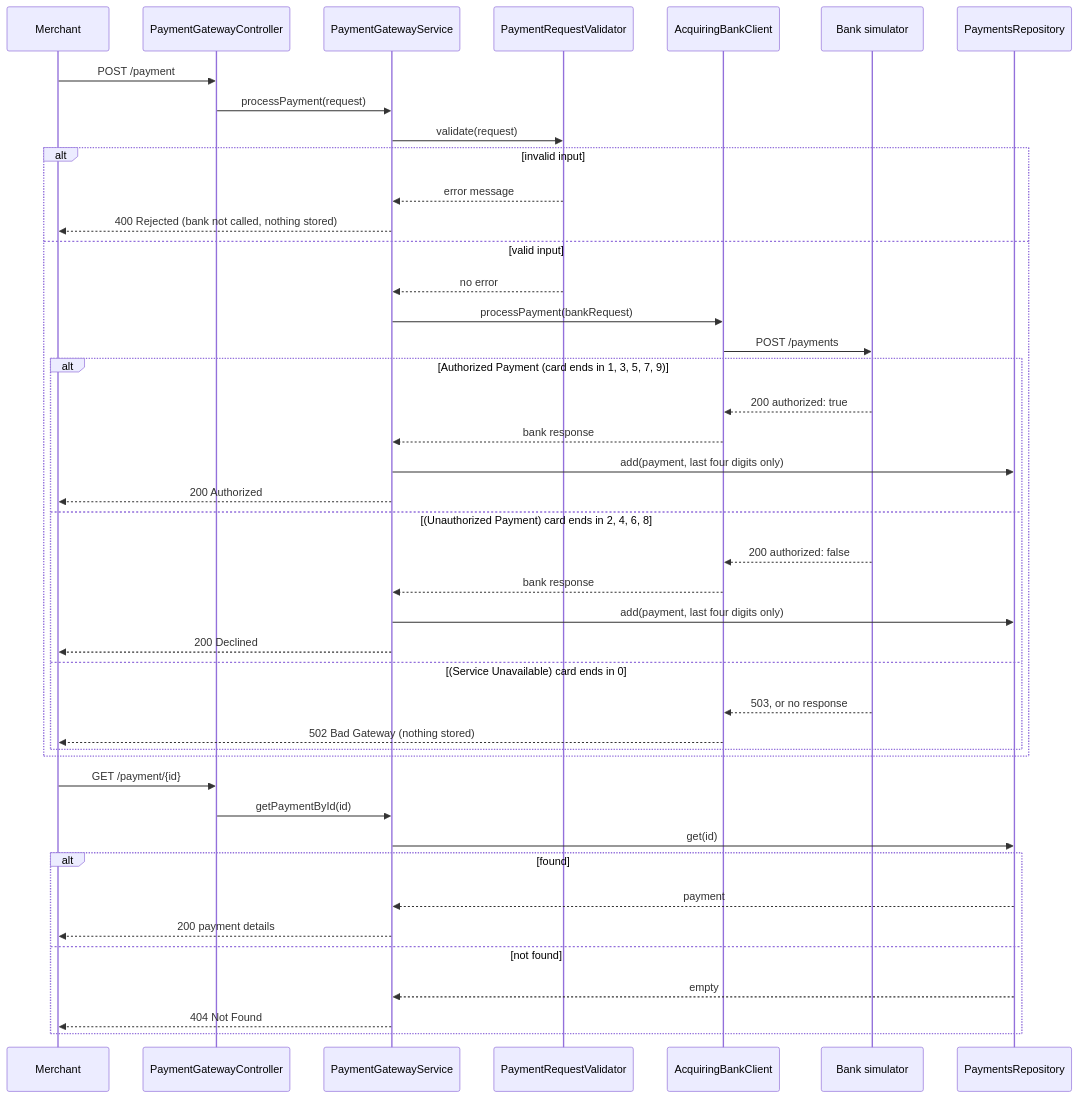
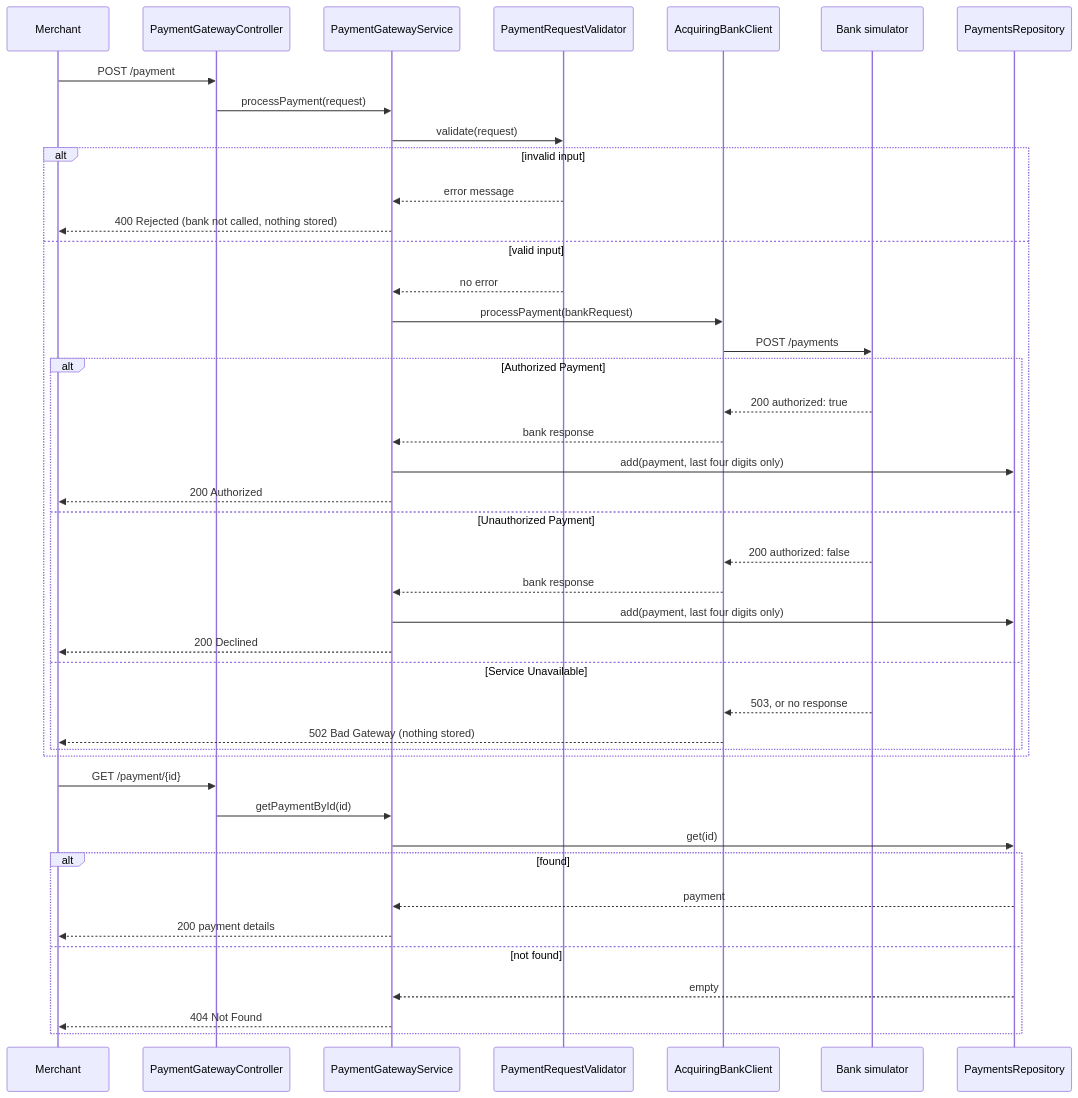
One commit to junyap95/payment-gateway-challenge changed the diagram in docs/sequence-diagram.md. Above: the diagram before and after it, drawn with Mermaid. The commit also changed 4 other files, not shown here.

````diff
--- a/docs/sequence-diagram.md
+++ b/docs/sequence-diagram.md
@@ -1,47 +1,47 @@
 ```mermaid
 sequenceDiagram
   participant M as Merchant
   participant C as PaymentGatewayController
   participant S as PaymentGatewayService
   participant V as PaymentRequestValidator
   participant B as AcquiringBankClient
   participant Sim as Bank simulator
   participant R as PaymentsRepository
 
   M->>C: POST /payment
   C->>S: processPayment(request)
   S->>V: validate(request)
   alt invalid input
     V-->>S: error message
     S-->>M: 400 Rejected (bank not called, nothing stored)
   else valid input
     V-->>S: no error
     S->>B: processPayment(bankRequest)
     B->>Sim: POST /payments
-    alt Authorized Payment (card ends in 1, 3, 5, 7, 9)
+    alt Authorized Payment
       Sim-->>B: 200 authorized: true
       B-->>S: bank response
       S->>R: add(payment, last four digits only)
       S-->>M: 200 Authorized
-    else (Unauthorized Payment) card ends in 2, 4, 6, 8
+    else Unauthorized Payment
       Sim-->>B: 200 authorized: false
       B-->>S: bank response
       S->>R: add(payment, last four digits only)
       S-->>M: 200 Declined
-    else (Service Unavailable) card ends in 0
+    else Service Unavailable
       Sim-->>B: 503, or no response
       B-->>M: 502 Bad Gateway (nothing stored)
     end
   end
 
   M->>C: GET /payment/{id}
   C->>S: getPaymentById(id)
   S->>R: get(id)
   alt found
     R-->>S: payment
     S-->>M: 200 payment details
   else not found
     R-->>S: empty
     S-->>M: 404 Not Found
   end
 ```
````
